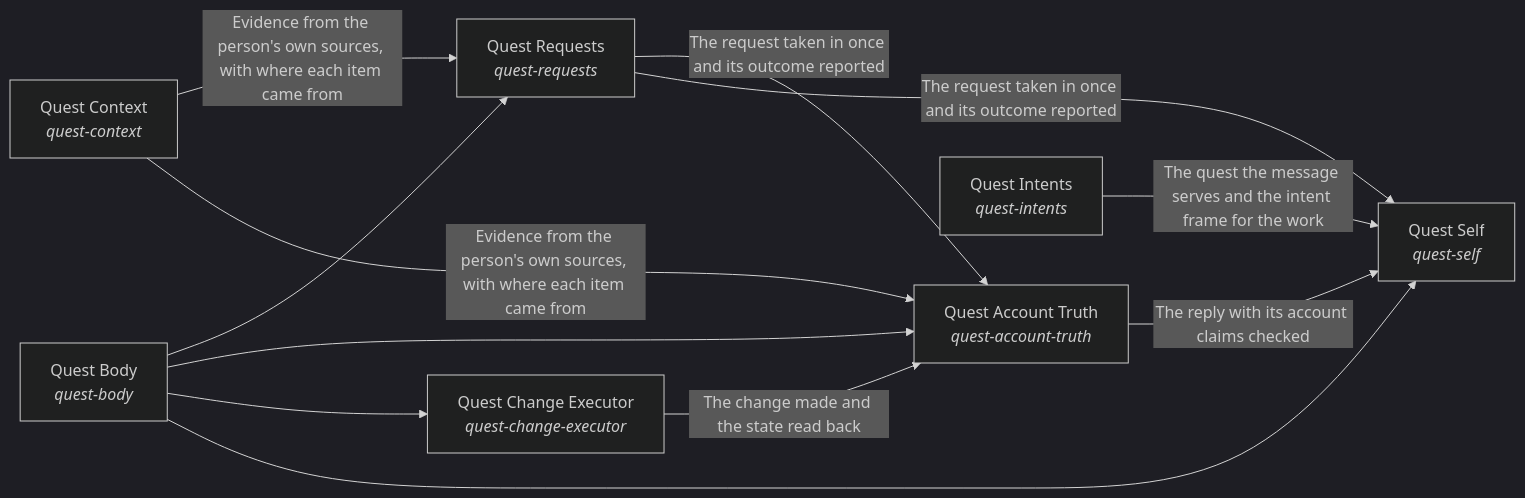
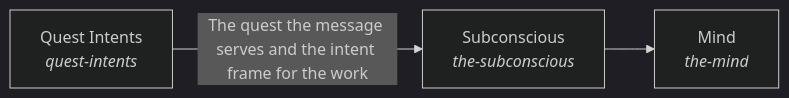
Before and after one commit to SpiritualData/quest-ai-runner: the diagram in quest_ai_runner/the_intelligence/README.md, drawn with Mermaid (dark theme). The commit also changed other lines of this file and 91 other files, not shown here.

Commit message:
Intent Evolution interface and its place in the flow (no arm yet), metrics for Intent Evolution and Quest Consciousness, authoritative metrics, overrides, regenerated READMEs and diagrams

````diff
--- a/quest_ai_runner/the_intelligence/README.md
+++ b/quest_ai_runner/the_intelligence/README.md
@@ -17,21 +17,8 @@
 ```mermaid
 flowchart LR
-    s0["Quest Context<br/><i>quest-context</i>"]
-    s1["Quest Requests<br/><i>quest-requests</i>"]
-    s2["Quest Body<br/><i>quest-body</i>"]
-    s3["Quest Account Truth<br/><i>quest-account-truth</i>"]
-    s4["Quest Change Executor<br/><i>quest-change-executor</i>"]
-    s5["Quest Intents<br/><i>quest-intents</i>"]
-    s6["Quest Self<br/><i>quest-self</i>"]
-    s0 -->|"Evidence from the person's own sources, with where each item came from"| s1
-    s0 -->|"Evidence from the person's own sources, with where each item came from"| s3
-    s1 -->|"The request taken in once and its outcome reported"| s3
-    s1 -->|"The request taken in once and its outcome reported"| s6
-    s2 --> s1
-    s2 --> s3
-    s2 --> s4
-    s2 --> s6
-    s3 -->|"The reply with its account claims checked"| s6
-    s4 -->|"The change made and the state read back"| s3
-    s5 -->|"The quest the message serves and the intent frame for the work"| s6
+    s0["Subconscious<br/><i>the-subconscious</i>"]
+    s1["Mind<br/><i>the-mind</i>"]
+    s2["Quest Intents<br/><i>quest-intents</i>"]
+    s0 --> s1
+    s2 -->|"The quest the message serves and the intent frame for the work"| s0
 ```
````
